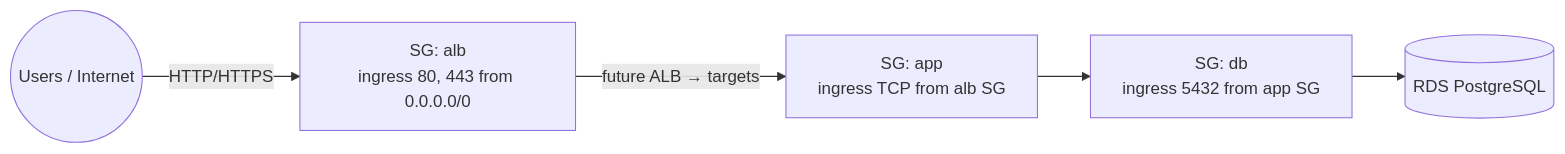
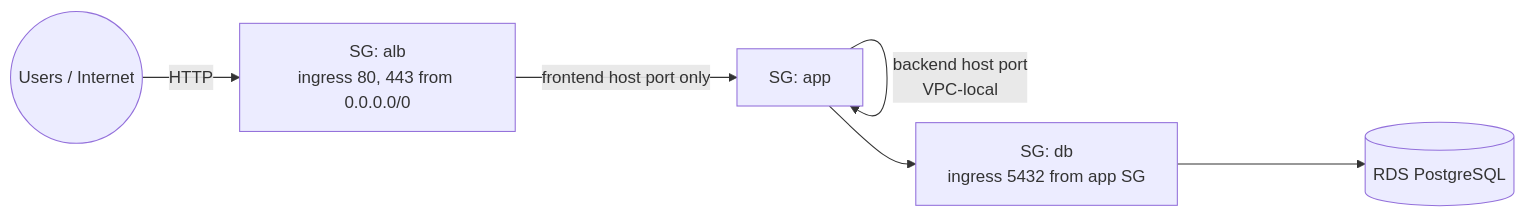
The third of 6 diagrams in docs/architecture.md (mazarsju/teacher-wang-infra), drawn with Mermaid before and after one commit. The commit also changed other lines of this file and 9 other files, not shown here.

````diff
--- a/docs/architecture.md
+++ b/docs/architecture.md
@@ -79,14 +79,15 @@
 ```mermaid
 flowchart LR
   Users((Users / Internet))
 
   SGALB["SG: alb<br/>ingress 80, 443 from 0.0.0.0/0"]
-  SGApp["SG: app<br/>ingress TCP from alb SG"]
+  SGApp["SG: app"]
   SGDb["SG: db<br/>ingress 5432 from app SG"]
   RDS[(RDS PostgreSQL)]
 
-  Users -->|HTTP/HTTPS| SGALB
-  SGALB -->|future ALB → targets| SGApp
+  Users -->|HTTP| SGALB
+  SGALB -->|frontend host port only| SGApp
+  SGApp -->|backend host port<br/>VPC-local| SGApp
   SGApp --> SGDb
   SGDb --> RDS
 ```
````
